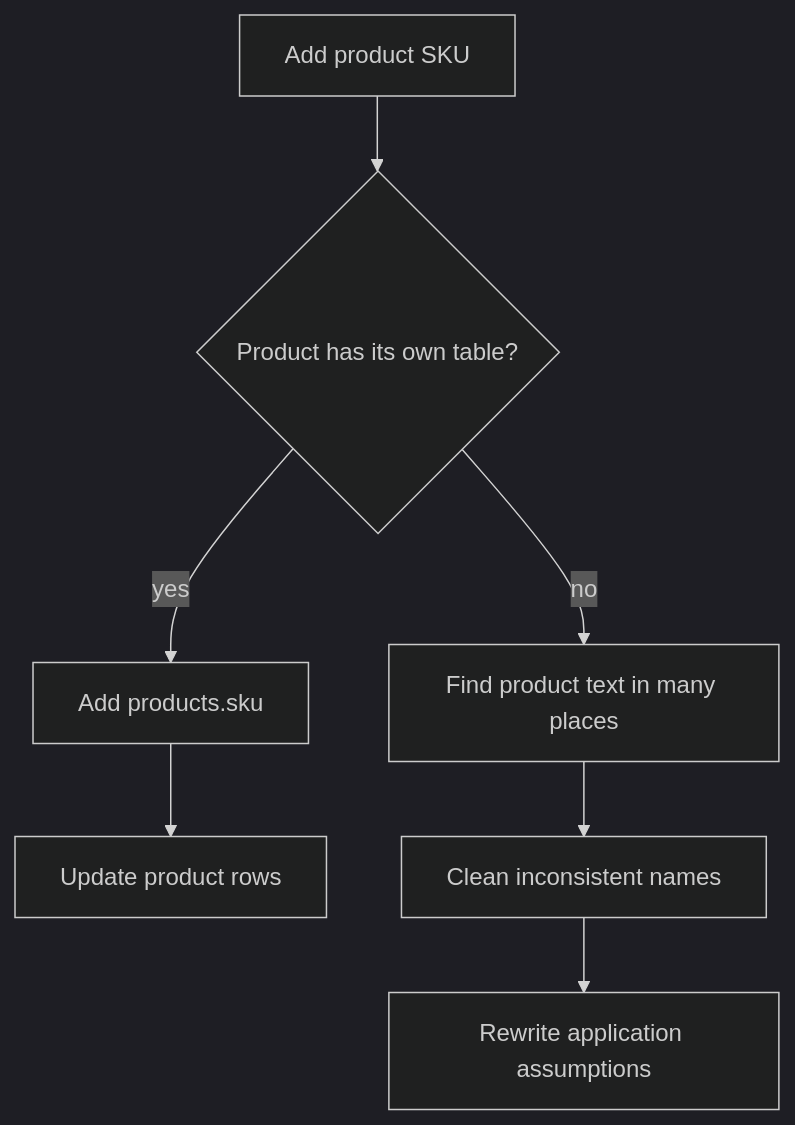
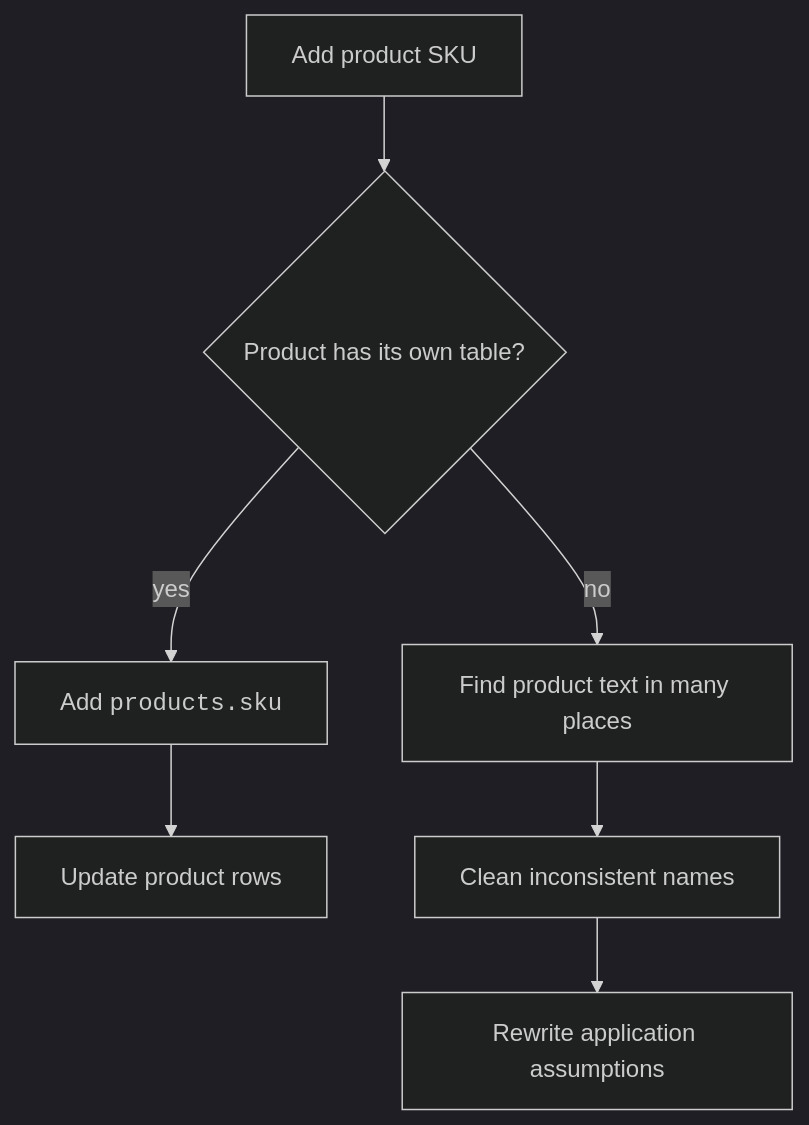
The fifth of 5 diagrams in content/learn/database-design-postgresql/how-design-shapes-software.mdx (dataslope/dataslope), drawn with Mermaid (dark theme) before and after one commit. The commit also changed other lines of this file and 218 other files, not shown here.

First line of the commit message:
Render code-only mermaid shapes in monospace; convert step sequences to Steps (#467)

````diff
--- a/content/learn/database-design-postgresql/how-design-shapes-software.mdx
+++ b/content/learn/database-design-postgresql/how-design-shapes-software.mdx
@@ -261,9 +261,9 @@
 ```mermaid
 flowchart TB
     A["Add product SKU"] --> B{"Product has its own table?"}
-    B -->|"yes"| C["Add products.sku"]
+    B -->|"yes"| C["Add <code>products.sku</code>"]
     C --> D["Update product rows"]
     B -->|"no"| E["Find product text in many places"]
     E --> F["Clean inconsistent names"]
     F --> G["Rewrite application assumptions"]
 ```
````
